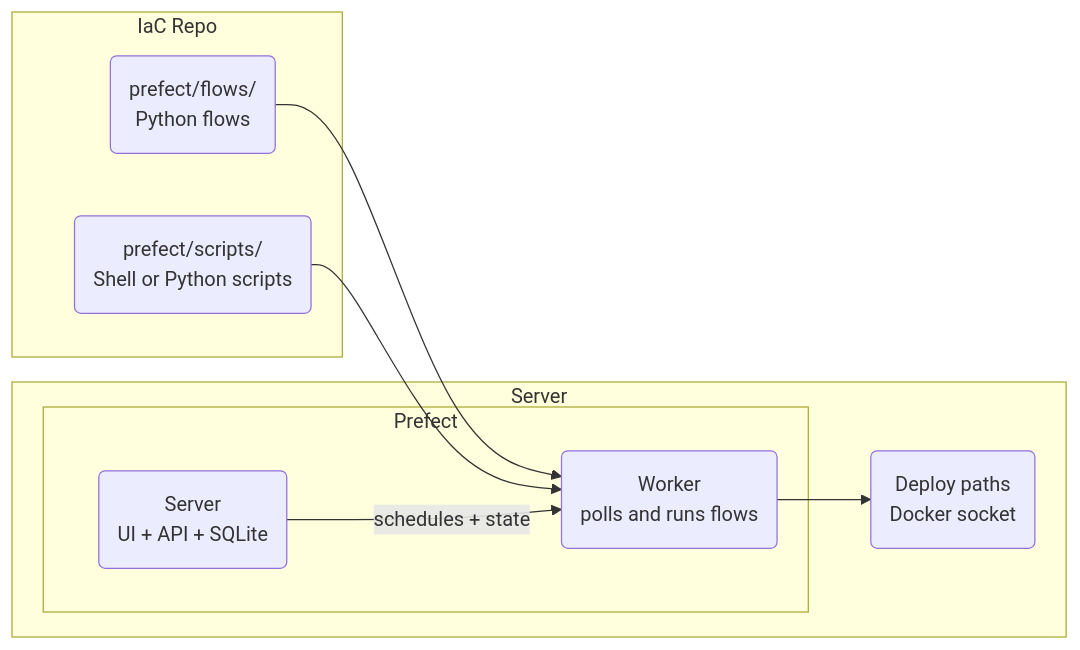
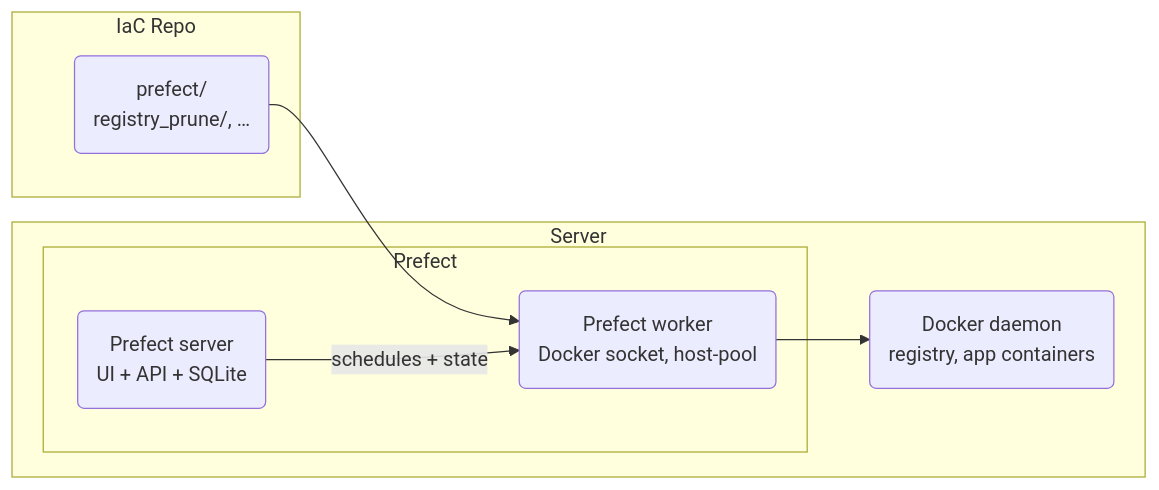
The diagram in docs/workflows.md (rednaw/iac), drawn with Mermaid before and after one commit. The commit also changed other lines of this file and 14 other files, not shown here.

First line of the commit message:
registry prune flow (#126)

````diff
--- a/docs/workflows.md
+++ b/docs/workflows.md
@@ -7,20 +7,18 @@
 ```mermaid
 flowchart LR
     subgraph REPO["IaC Repo"]
-        FLOWS(prefect/flows/<br/>Python flows)
-        SCRIPTS(prefect/scripts/<br/>Shell or Python scripts)
+        FLOWS(prefect/<br/>registry_prune/, …)
     end
 
     subgraph SERVER["Server"]
         subgraph PREFECT["Prefect"]
-            PSERVER(Server<br/>UI + API + SQLite)
-            PWORKER(Worker<br/>polls and runs flows)
+            PSERVER(Prefect server<br/>UI + API + SQLite)
+            PWORKER(Prefect worker<br/>Docker socket, host-pool)
         end
-        DEPLOY(Deploy paths<br/>Docker socket)
+        DOCKER(Docker daemon<br/>registry, app containers)
     end
 
     FLOWS --> PWORKER
-    SCRIPTS --> PWORKER
-    PWORKER --> DEPLOY
+    PWORKER --> DOCKER
     PSERVER -->|schedules + state| PWORKER
 ```
````
